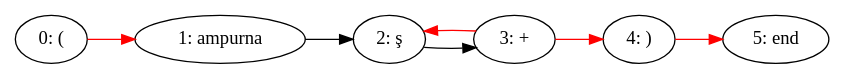
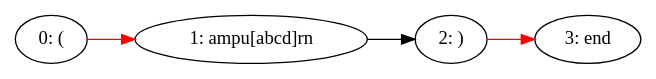
Before and after one commit to SalihErenYzb/Regex-Engine: the diagram in grapht.dot, drawn with Graphviz. The commit also changed 4 other files, not shown here.

```diff
--- a/grapht.dot
+++ b/grapht.dot
@@ -1,15 +1,10 @@
 digraph {
 	rankdir=LR
 	0 [label="0: ("];
-	1 [label="1: ampurna"];
-	2 [label="2: ş"];
-	3 [label="3: +"];
-	4 [label="4: )"];
-	5 [label="5: end"];
+	1 [label="1: ampu[abcd]rn"];
+	2 [label="2: )"];
+	3 [label="3: end"];
 	0 -> 1 [color=red];
 	1 -> 2 [color=black];
-	2 -> 3 [color=black];
-	3 -> 4 [color=red];
-	3 -> 2 [color=red];
-	4 -> 5 [color=red];
+	2 -> 3 [color=red];
 }
```
